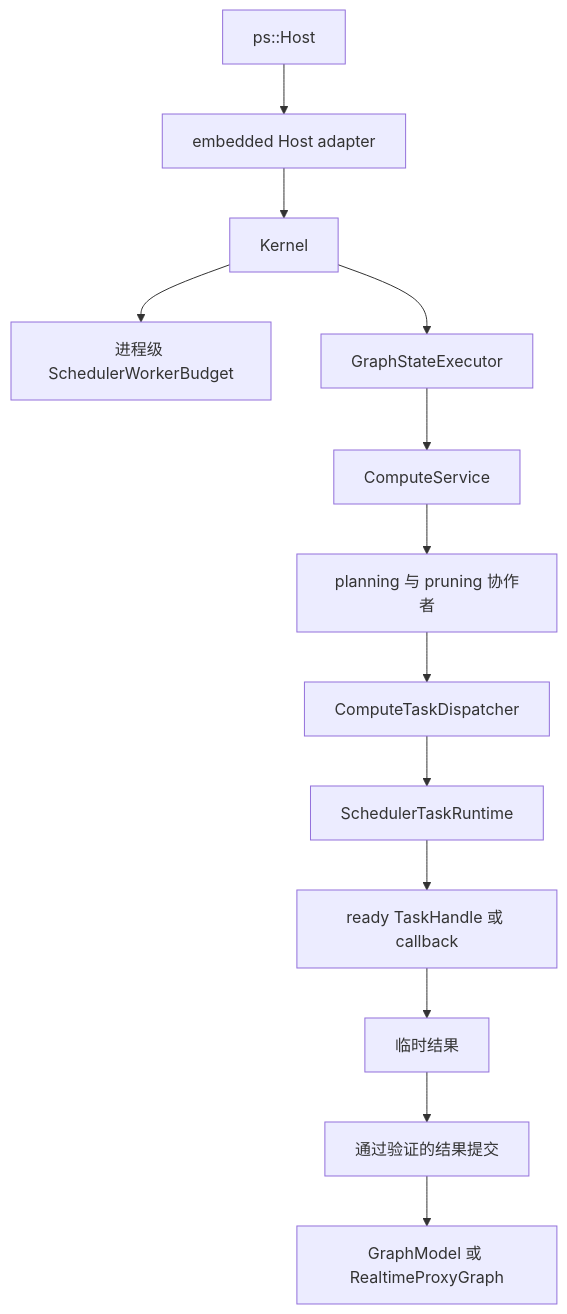
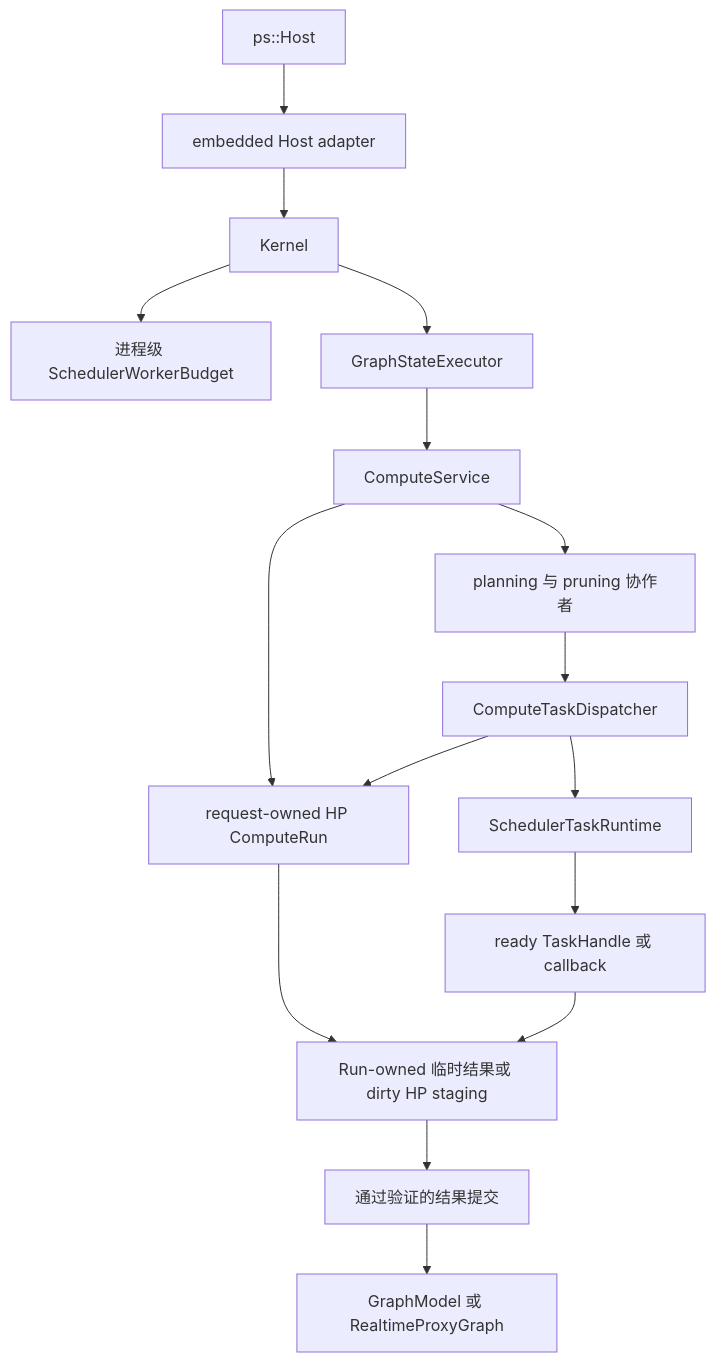
One commit to kevin-zf1123/photospider changed the diagram in docs/kernel-architecture/zh/Compute-Boundaries.zh.md. Above: the diagram before and after it, drawn with Mermaid. The commit also changed other lines of this file and 33 other files, not shown here.

````diff
--- a/docs/kernel-architecture/zh/Compute-Boundaries.zh.md
+++ b/docs/kernel-architecture/zh/Compute-Boundaries.zh.md
@@ -20,15 +20,18 @@
 ```mermaid
 flowchart TD
   HOST["ps::Host"] --> ADAPTER["embedded Host adapter"]
   ADAPTER --> KERNEL["Kernel"]
   KERNEL --> BUDGET["进程级 SchedulerWorkerBudget"]
   KERNEL --> GSE["GraphStateExecutor"]
   GSE --> SERVICE["ComputeService"]
+  SERVICE --> RUN["request-owned HP ComputeRun"]
   SERVICE --> PLAN["planning 与 pruning 协作者"]
   PLAN --> DISPATCH["ComputeTaskDispatcher"]
+  DISPATCH --> RUN
   DISPATCH --> RUNTIME["SchedulerTaskRuntime"]
   RUNTIME --> CALLBACK["ready TaskHandle 或 callback"]
-  CALLBACK --> TEMP["临时结果"]
+  CALLBACK --> TEMP["Run-owned 临时结果或 dirty HP staging"]
+  RUN --> TEMP
   TEMP --> COMMIT["通过验证的结果提交"]
   COMMIT --> GRAPH["GraphModel 或 RealtimeProxyGraph"]
 ```
````
